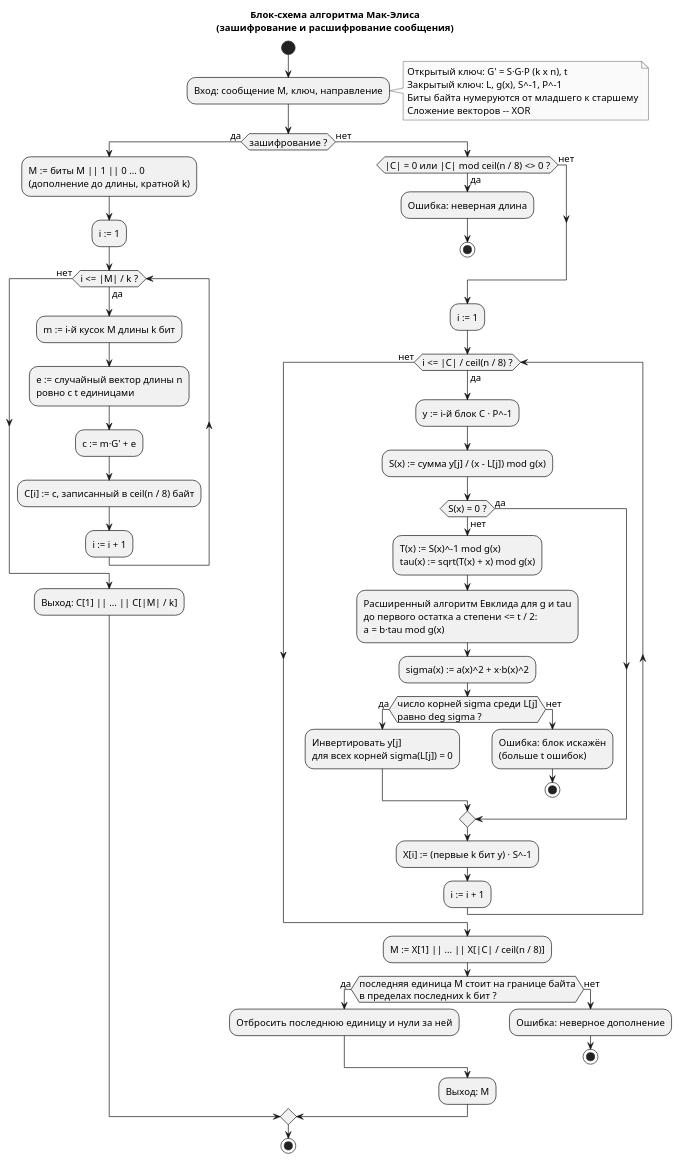
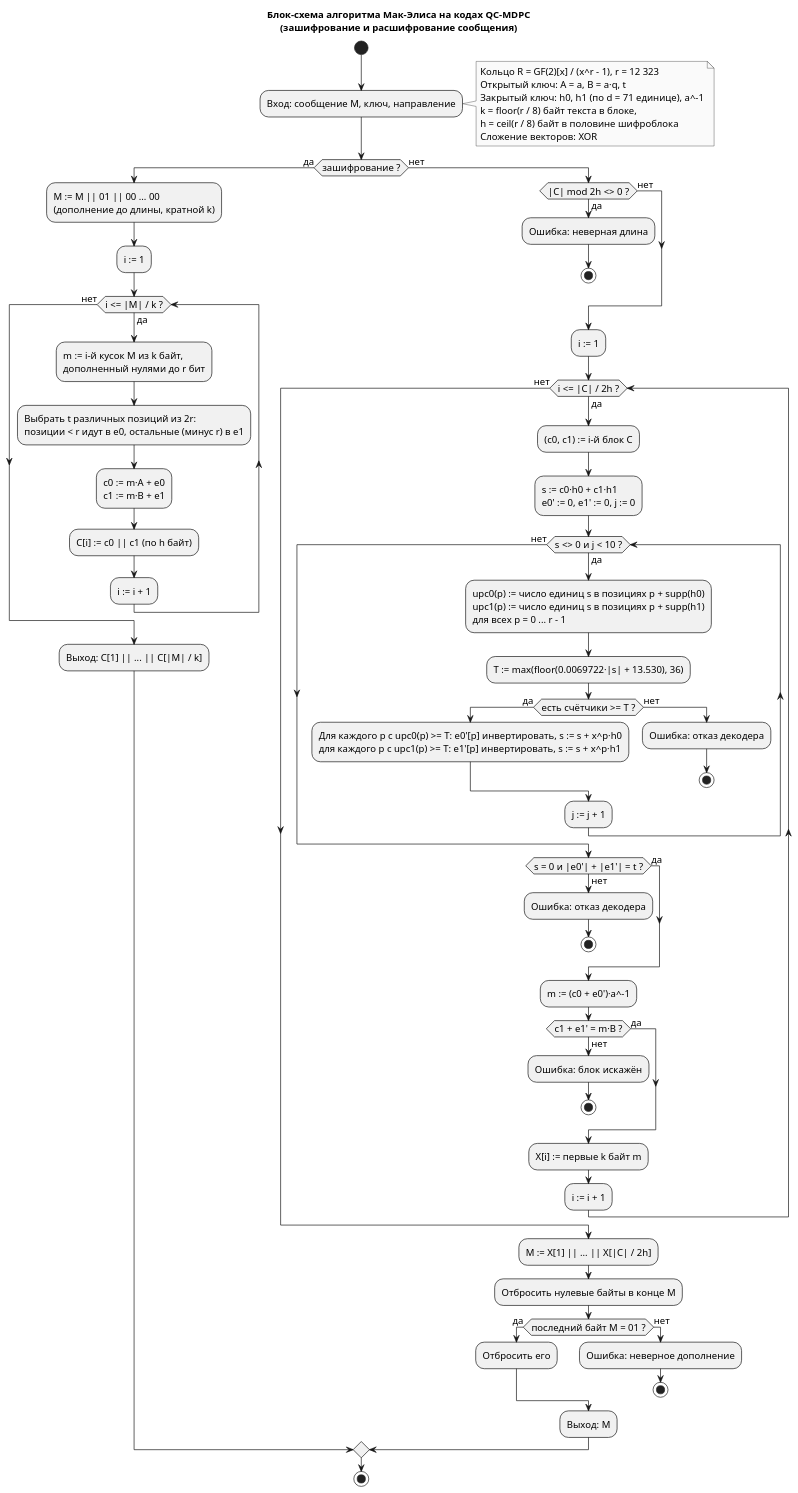
The diagram in lab4/report/diagrams/mceliece.puml (aCrYoZPS/mzi), drawn with PlantUML before and after one commit. The commit also changed 23 other files, not shown here.

```diff
--- a/lab4/report/diagrams/mceliece.puml
+++ b/lab4/report/diagrams/mceliece.puml
@@ -1,66 +1,79 @@
 @startuml
-title Блок-схема алгоритма Мак-Элиса\n(зашифрование и расшифрование сообщения)
+title Блок-схема алгоритма Мак-Элиса на кодах QC-MDPC\n(зашифрование и расшифрование сообщения)
 
 skinparam defaultFontName "Times New Roman"
 skinparam defaultFontSize 14
 skinparam monochrome true
 skinparam shadowing false
 skinparam ActivityBorderThickness 1
 
 start
 :Вход: сообщение M, ключ, направление;
 note right
-  Открытый ключ: G' = S·G·P (k x n), t
-  Закрытый ключ: L, g(x), S^-1, P^-1
-  Биты байта нумеруются от младшего к старшему
-  Сложение векторов -- XOR
+  Кольцо R = GF(2)[x] / (x^r - 1), r = 12 323
+  Открытый ключ: A = a, B = a·q, t
+  Закрытый ключ: h0, h1 (по d = 71 единице), a^-1
+  k = floor(r / 8) байт текста в блоке,
+  h = ceil(r / 8) байт в половине шифроблока
+  Сложение векторов: XOR
 end note
 
 if (зашифрование ?) then (да)
-  :M := биты M || 1 || 0 ... 0\n(дополнение до длины, кратной k);
+  :M := M || 01 || 00 ... 00\n(дополнение до длины, кратной k);
   :i := 1;
   while (i <= |M| / k ?) is (да)
-    :m := i-й кусок M длины k бит;
-    :e := случайный вектор длины n\nровно с t единицами;
-    :c := m·G' + e;
-    :C[i] := c, записанный в ceil(n / 8) байт;
+    :m := i-й кусок M из k байт,\nдополненный нулями до r бит;
+    :Выбрать t различных позиций из 2r:\nпозиции < r идут в e0, остальные (минус r) в e1;
+    :c0 := m·A + e0\nc1 := m·B + e1;
+    :C[i] := c0 || c1 (по h байт);
     :i := i + 1;
   endwhile (нет)
   :Выход: C[1] || ... || C[|M| / k];
 else (нет)
-  if (|C| = 0 или |C| mod ceil(n / 8) <> 0 ?) then (да)
+  if (|C| mod 2h <> 0 ?) then (да)
     :Ошибка: неверная длина;
     stop
   else (нет)
   endif
   :i := 1;
-  while (i <= |C| / ceil(n / 8) ?) is (да)
-    :y := i-й блок C · P^-1;
-    :S(x) := сумма y[j] / (x - L[j]) mod g(x);
-    if (S(x) = 0 ?) then (да)
-    else (нет)
-      :T(x) := S(x)^-1 mod g(x)\ntau(x) := sqrt(T(x) + x) mod g(x);
-      :Расширенный алгоритм Евклида для g и tau\nдо первого остатка a степени <= t / 2:\na = b·tau mod g(x);
-      :sigma(x) := a(x)^2 + x·b(x)^2;
-      if (число корней sigma среди L[j]\nравно deg sigma ?) then (да)
-        :Инвертировать y[j]\nдля всех корней sigma(L[j]) = 0;
+  while (i <= |C| / 2h ?) is (да)
+    :(c0, c1) := i-й блок C;
+    :s := c0·h0 + c1·h1\ne0' := 0, e1' := 0, j := 0;
+    while (s <> 0 и j < 10 ?) is (да)
+      :upc0(p) := число единиц s в позициях p + supp(h0)\nupc1(p) := число единиц s в позициях p + supp(h1)\nдля всех p = 0 ... r - 1;
+      :T := max(floor(0.0069722·|s| + 13.530), 36);
+      if (есть счётчики >= T ?) then (да)
+        :Для каждого p с upc0(p) >= T: e0'[p] инвертировать, s := s + x^p·h0\nдля каждого p с upc1(p) >= T: e1'[p] инвертировать, s := s + x^p·h1;
       else (нет)
-        :Ошибка: блок искажён\n(больше t ошибок);
+        :Ошибка: отказ декодера;
         stop
       endif
+      :j := j + 1;
+    endwhile (нет)
+    if (s = 0 и |e0'| + |e1'| = t ?) then (да)
+    else (нет)
+      :Ошибка: отказ декодера;
+      stop
     endif
-    :X[i] := (первые k бит y) · S^-1;
+    :m := (c0 + e0')·a^-1;
+    if (c1 + e1' = m·B ?) then (да)
+    else (нет)
+      :Ошибка: блок искажён;
+      stop
+    endif
+    :X[i] := первые k байт m;
     :i := i + 1;
   endwhile (нет)
-  :M := X[1] || ... || X[|C| / ceil(n / 8)];
-  if (последняя единица M стоит на границе байта\nв пределах последних k бит ?) then (да)
-    :Отбросить последнюю единицу и нули за ней;
+  :M := X[1] || ... || X[|C| / 2h];
+  :Отбросить нулевые байты в конце M;
+  if (последний байт M = 01 ?) then (да)
+    :Отбросить его;
   else (нет)
     :Ошибка: неверное дополнение;
     stop
   endif
   :Выход: M;
 endif
 stop
 
 @enduml
```
